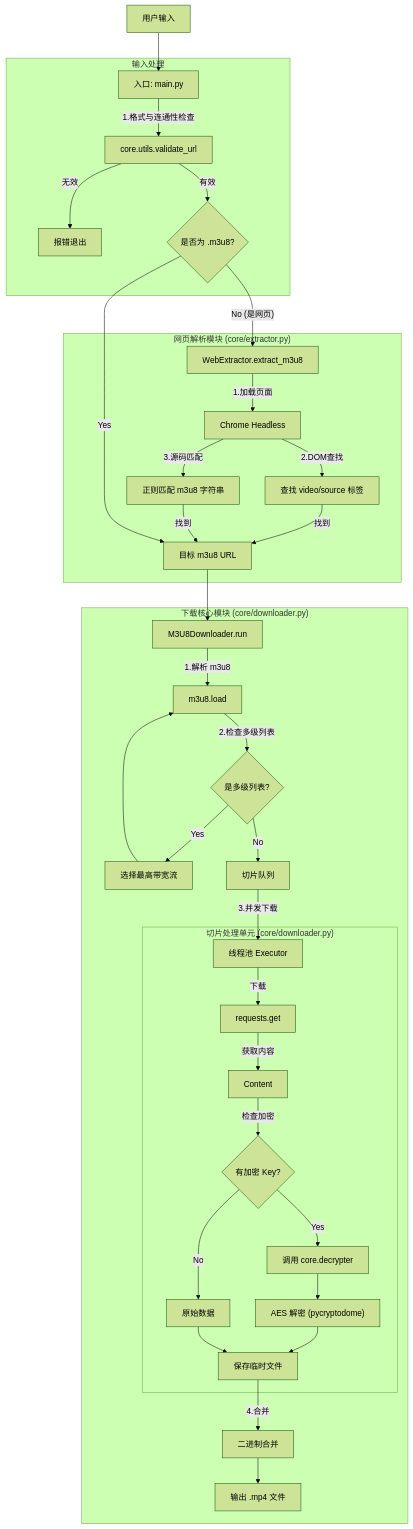
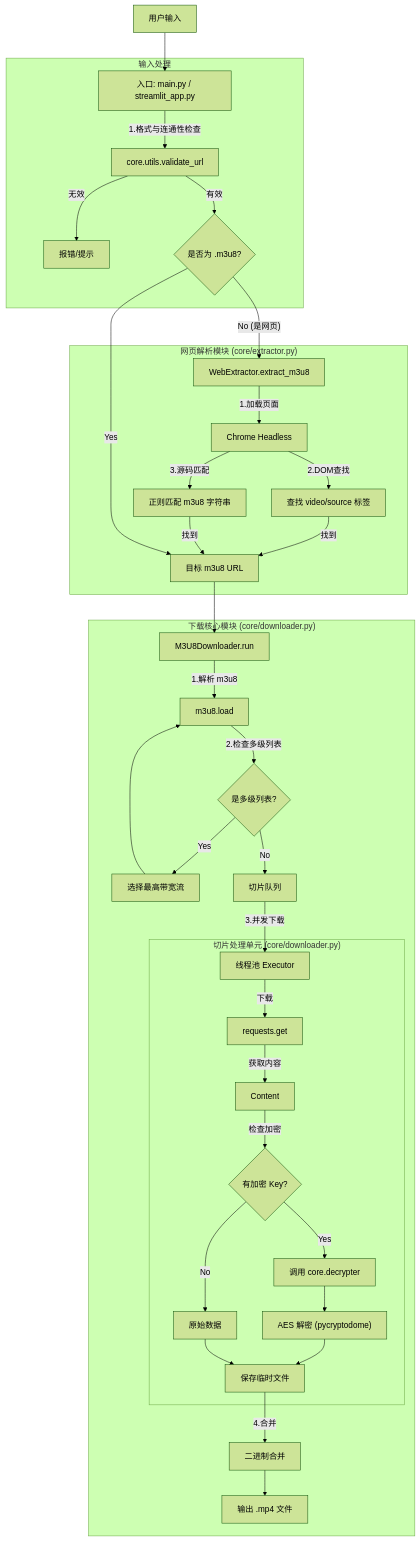
Before and after one commit to AlexInt/smart-downloader: the first of 2 diagrams in README.md, drawn with Mermaid (forest theme). The commit also changed other lines of this file and 2 other files, not shown here.

````diff
--- a/README.md
+++ b/README.md
@@ -49,46 +51,46 @@
 ```mermaid
 graph TD
-    User[用户输入] --> Entry[入口: main.py]
+    User[用户输入] --> Entry[入口: main.py / streamlit_app.py]
 
     subgraph "输入处理"
         Entry -->|1.格式与连通性检查| Validator[core.utils.validate_url]
-        Validator -- 无效 --> Exit[报错退出]
+        Validator -- 无效 --> Exit[报错/提示]
         Validator -- 有效 --> Check{是否为 .m3u8?}
     end
 
     subgraph "网页解析模块 (core/extractor.py)"
         Check -- No (是网页) --> WebParser[WebExtractor.extract_m3u8]
         WebParser -->|1.加载页面| Driver[Chrome Headless]
         Driver -->|2.DOM查找| FindDOM[查找 video/source 标签]
         Driver -->|3.源码匹配| FindRegex[正则匹配 m3u8 字符串]
         FindDOM -->|找到| ResultURL
         FindRegex -->|找到| ResultURL
     end
 
     Check -- Yes --> ResultURL[目标 m3u8 URL]
 
     subgraph "下载核心模块 (core/downloader.py)"
         ResultURL --> Downloader[M3U8Downloader.run]
         Downloader -->|1.解析 m3u8| PlaylistParser[m3u8.load]
         PlaylistParser -->|2.检查多级列表| VariantCheck{是多级列表?}
         VariantCheck -- Yes --> SelectBest[选择最高带宽流]
         SelectBest --> PlaylistParser
         VariantCheck -- No --> SegmentQueue[切片队列]
 
         SegmentQueue -->|3.并发下载| Workers[线程池 Executor]
 
         subgraph "切片处理单元 (core/downloader.py)"
             Workers -->|下载| Request[requests.get]
             Request -->|获取内容| Content
             Content -->|检查加密| KeyCheck{有加密 Key?}
             KeyCheck -- Yes --> DecryptWrapper[调用 core.decrypter]
             DecryptWrapper --> DecryptAlgo["AES 解密 (pycryptodome)"]
             KeyCheck -- No --> Raw[原始数据]
             DecryptAlgo --> SaveTemp[保存临时文件]
             Raw --> SaveTemp
         end
 
         SaveTemp -->|4.合并| Merger[二进制合并]
         Merger --> Output[输出 .mp4 文件]
     end
 ```
````
